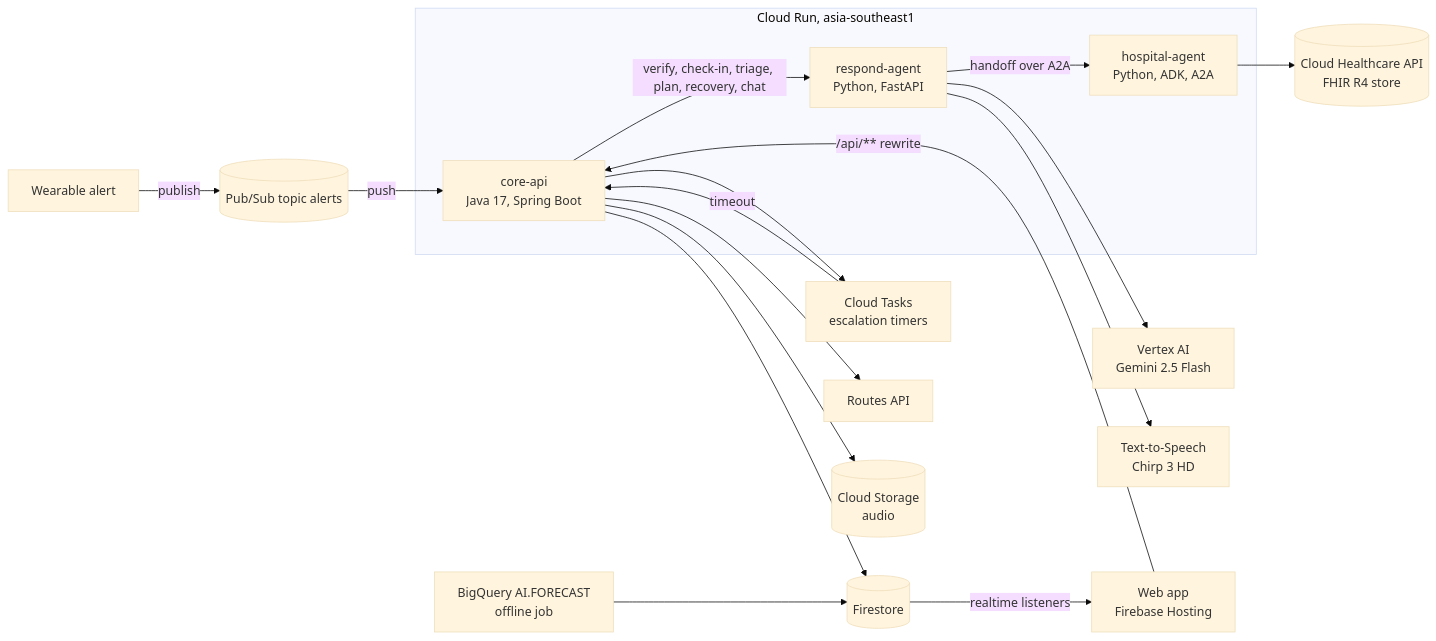
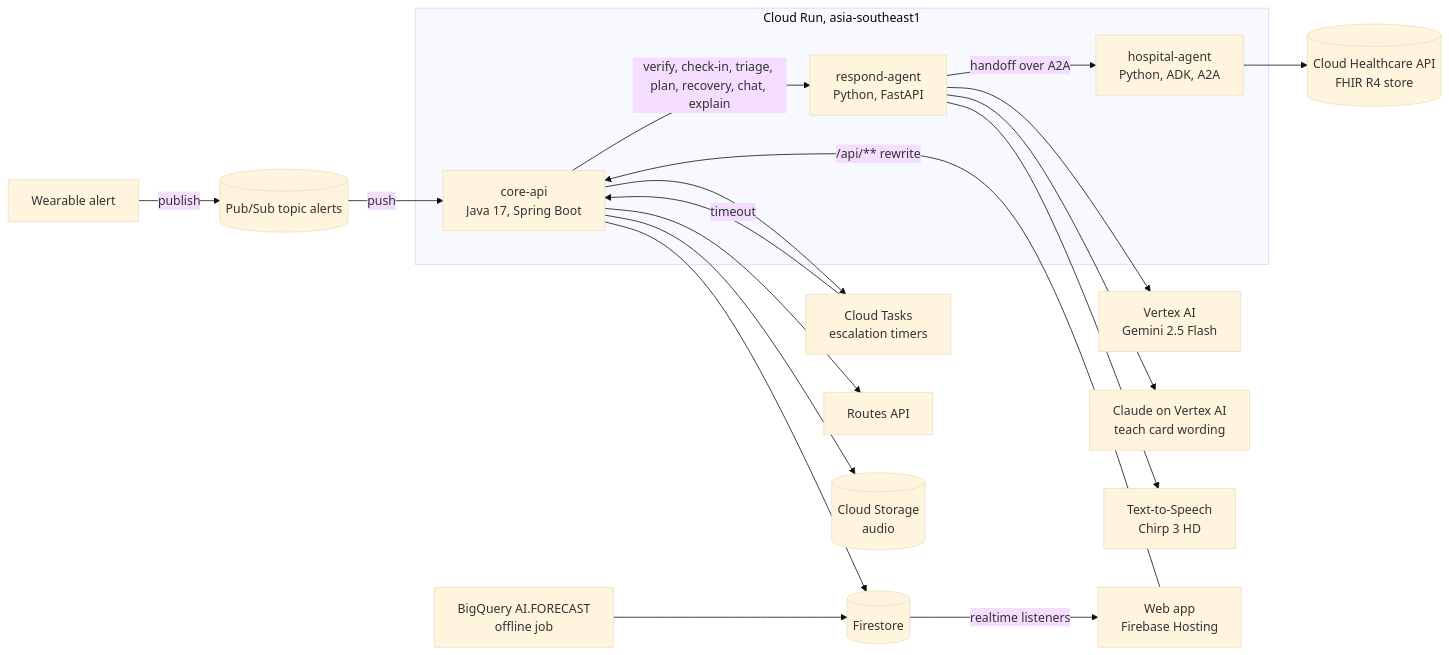
The diagram in README.md (Inside-Sync/no-one-alone), drawn with Mermaid (base theme) before and after one commit. The commit also changed other lines of this file and 3 other files, not shown here.

Commit message:
Docs and deploy env for the live teach-card explanation

````diff
--- a/README.md
+++ b/README.md
@@ -14,26 +14,27 @@
 ```mermaid
 flowchart LR
     W[Wearable alert] -->|publish| PS[(Pub/Sub topic alerts)]
     PS -->|push| CA
 
     subgraph Run[Cloud Run, asia-southeast1]
         CA[core-api<br/>Java 17, Spring Boot]
         RA[respond-agent<br/>Python, FastAPI]
         HA[hospital-agent<br/>Python, ADK, A2A]
     end
 
-    CA -->|verify, check-in, triage, plan, recovery, chat| RA
+    CA -->|verify, check-in, triage, plan, recovery, chat, explain| RA
     RA -->|handoff over A2A| HA
     RA --> VX[Vertex AI<br/>Gemini 2.5 Flash]
+    RA --> CL[Claude on Vertex AI<br/>teach card wording]
     RA --> TTS[Text-to-Speech<br/>Chirp 3 HD]
     HA --> FHIR[(Cloud Healthcare API<br/>FHIR R4 store)]
     CA --> CT[Cloud Tasks<br/>escalation timers]
     CT -->|timeout| CA
     CA --> RT[Routes API]
     CA --> FS[(Firestore)]
     CA --> ST[(Cloud Storage<br/>audio)]
 
     BQ[BigQuery AI.FORECAST<br/>offline job] --> FS
     FS -->|realtime listeners| WEB[Web app<br/>Firebase Hosting]
     WEB -->|/api/** rewrite| CA
 ```
````
